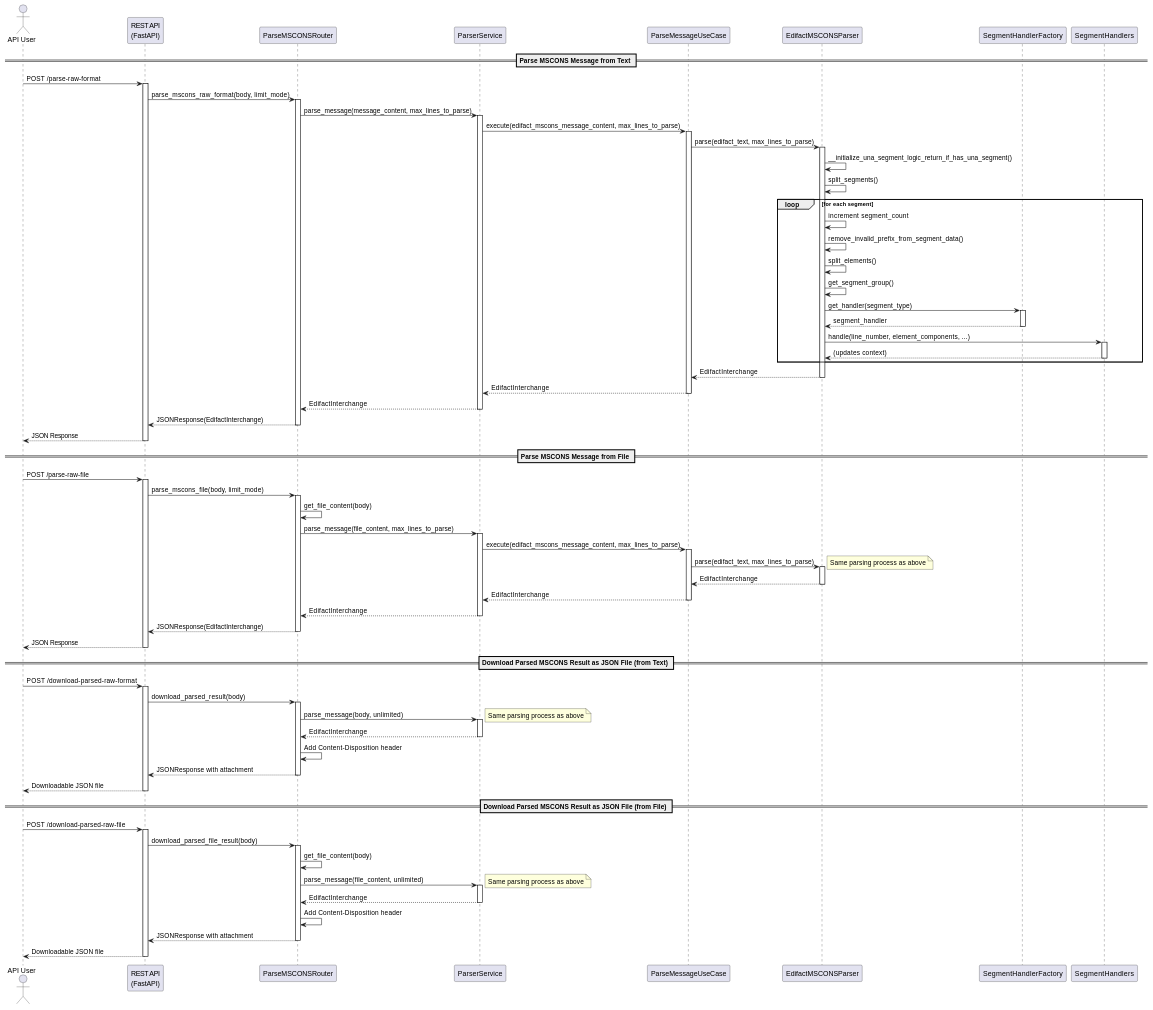
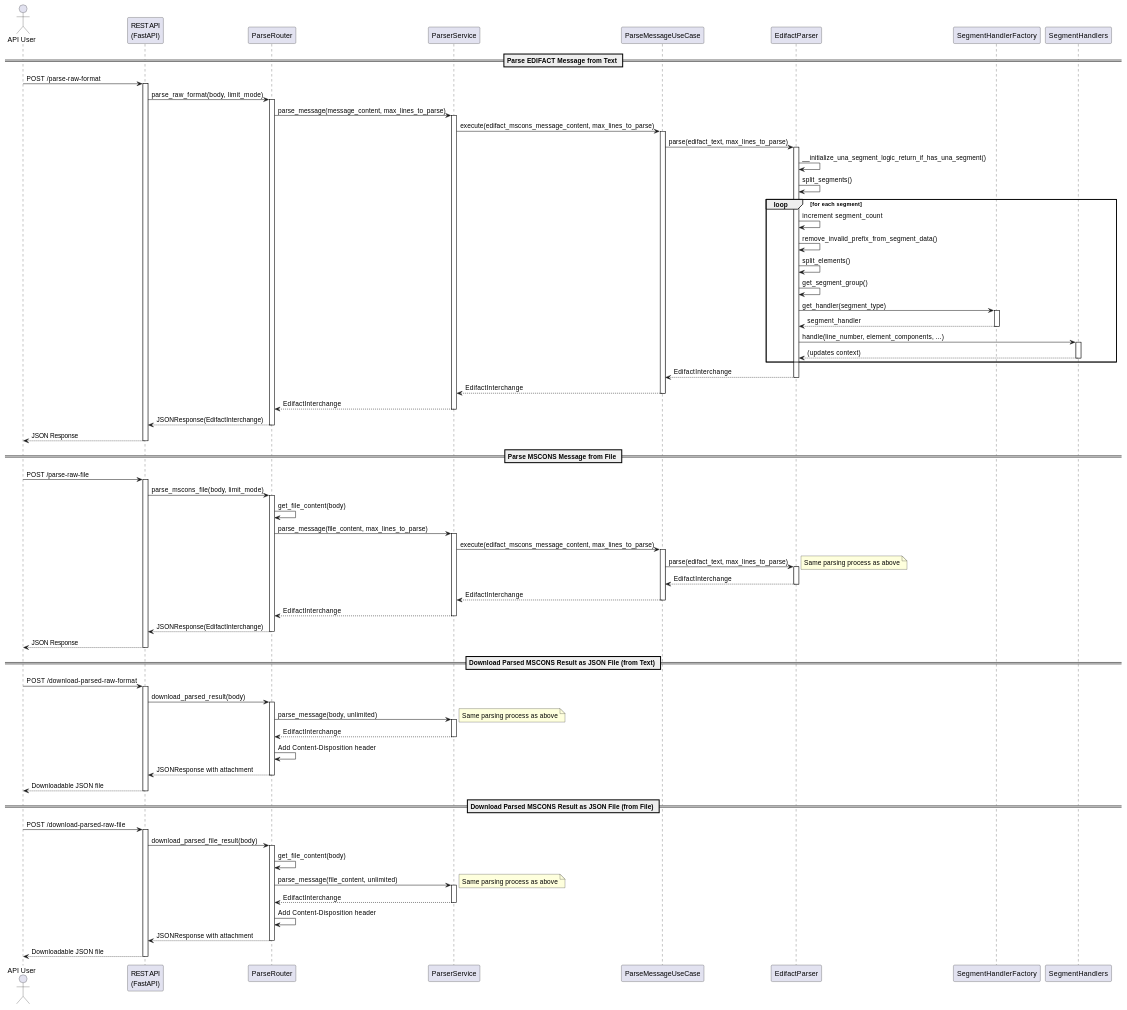
The fourth of 6 diagrams in docs/architecture.md (h2nguyen/EDIParse), drawn with PlantUML before and after one commit. The commit also changed other lines of this file and 233 other files, not shown here.

First line of the commit message:
Refactor to support easy extension for new edifact message types (#21)

```diff
--- a/docs/architecture.md
+++ b/docs/architecture.md
@@ -381,19 +397,19 @@
 
 actor "API User" as User
 participant "REST API\n(FastAPI)" as API
-participant "ParseMSCONSRouter" as Router
+participant "ParseRouter" as Router
 participant "ParserService" as Service
 participant "ParseMessageUseCase" as UseCase
-participant "EdifactMSCONSParser" as Parser
+participant "EdifactParser" as Parser
 participant "SegmentHandlerFactory" as Factory
 participant "SegmentHandlers" as Handlers
 
-== Parse MSCONS Message from Text ==
+== Parse EDIFACT Message from Text ==
 
 User -> API: POST /parse-raw-format
 activate API
 
-API -> Router: parse_mscons_raw_format(body, limit_mode)
+API -> Router: parse_raw_format(body, limit_mode)
 activate Router
 
 Router -> Service: parse_message(message_content, max_lines_to_parse)
```
